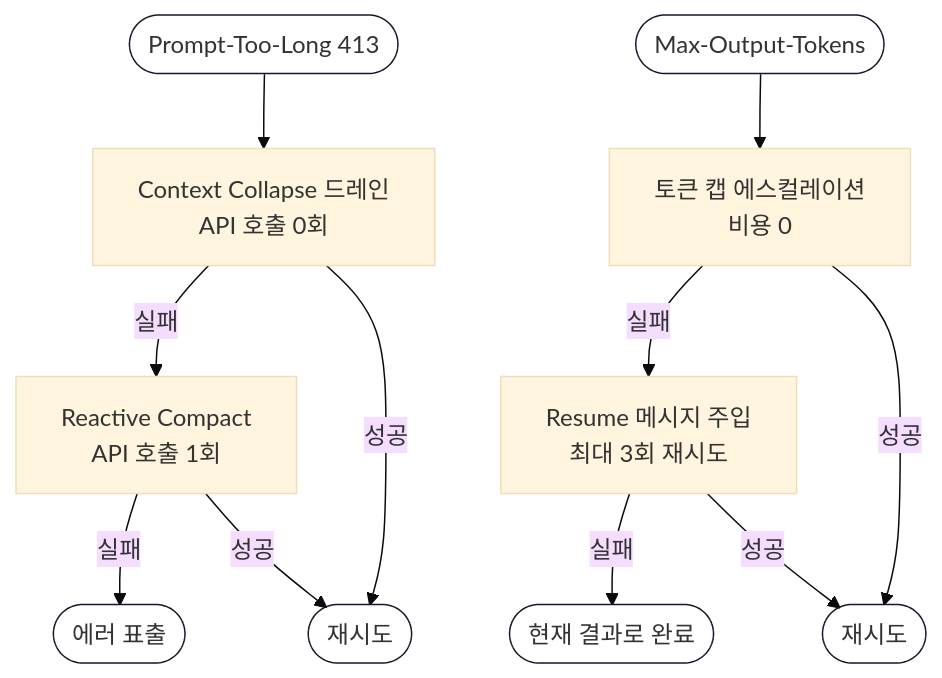
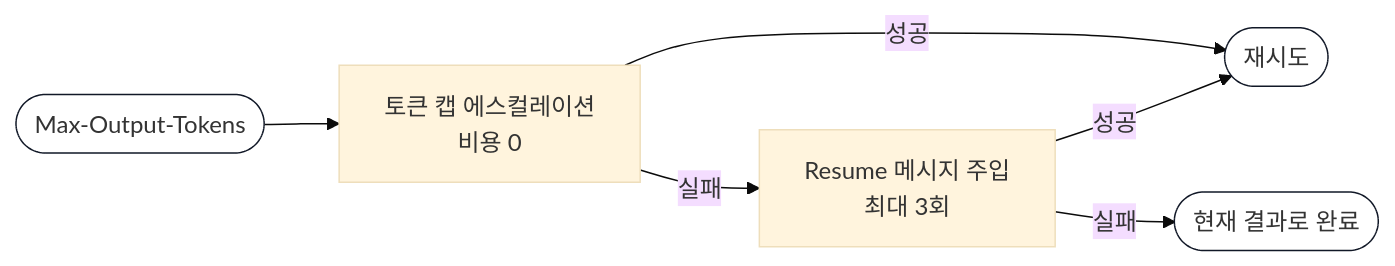
The fourth of 9 diagrams in _wiki/claude-code.md (currenjin/currenjin.github.io), drawn with Mermaid (base theme) before and after one commit. The commit also changed other lines of this file, not shown here.

Commit message:
style: Convert all vertical diagrams to horizontal (LR) layout

````diff
--- a/_wiki/claude-code.md
+++ b/_wiki/claude-code.md
@@ -175,21 +192,12 @@
 ```mermaid
-flowchart TD
-    E1([Prompt-Too-Long 413]) --> R1[Context Collapse 드레인\nAPI 호출 0회]
-    R1 -->|실패| R2[Reactive Compact\nAPI 호출 1회]
-    R2 -->|실패| R3([에러 표출])
-    R1 -->|성공| OK1([재시도])
-    R2 -->|성공| OK1
+flowchart LR
+    E2([Max-Output-Tokens]) --> S1[토큰 캡 에스컬레이션\n비용 0]
+    S1 -->|성공| OK2([재시도])
+    S1 -->|실패| S2[Resume 메시지 주입\n최대 3회]
+    S2 -->|성공| OK2
+    S2 -->|실패| S3([현재 결과로 완료])
 
-    E2([Max-Output-Tokens]) --> S1[토큰 캡 에스컬레이션\n비용 0]
-    S1 -->|실패| S2[Resume 메시지 주입\n최대 3회 재시도]
-    S2 -->|실패| S3([현재 결과로 완료])
-    S1 -->|성공| OK2([재시도])
-    S2 -->|성공| OK2
-
-    style E1 fill:transparent,stroke:#111827
     style E2 fill:transparent,stroke:#111827
-    style R3 fill:transparent,stroke:#111827
+    style OK2 fill:transparent,stroke:#111827
     style S3 fill:transparent,stroke:#111827
-    style OK1 fill:transparent,stroke:#111827
-    style OK2 fill:transparent,stroke:#111827
 ```
````
